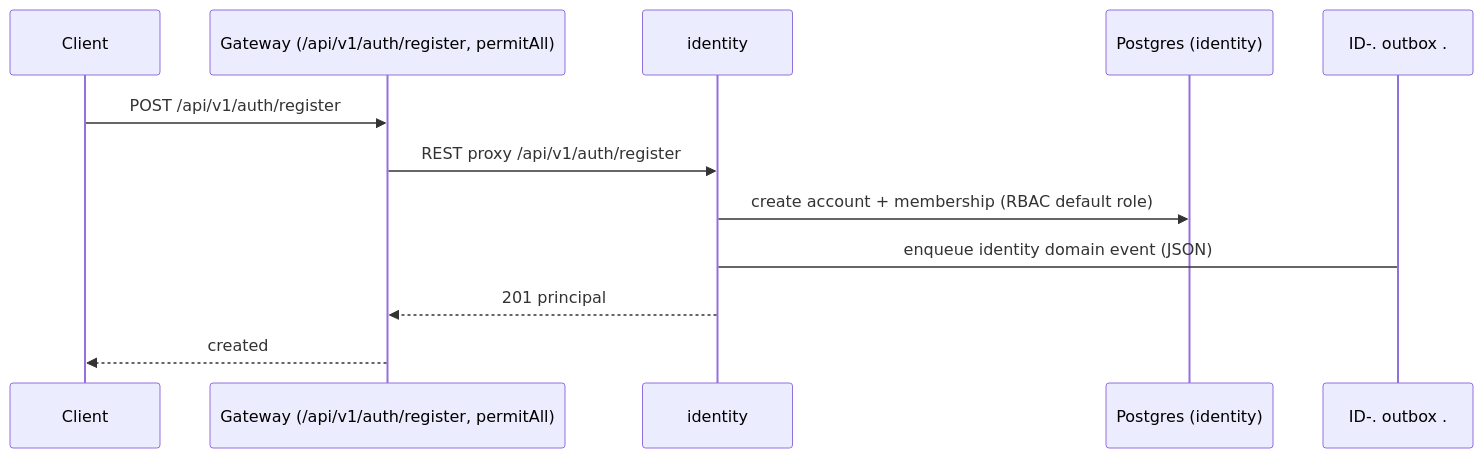
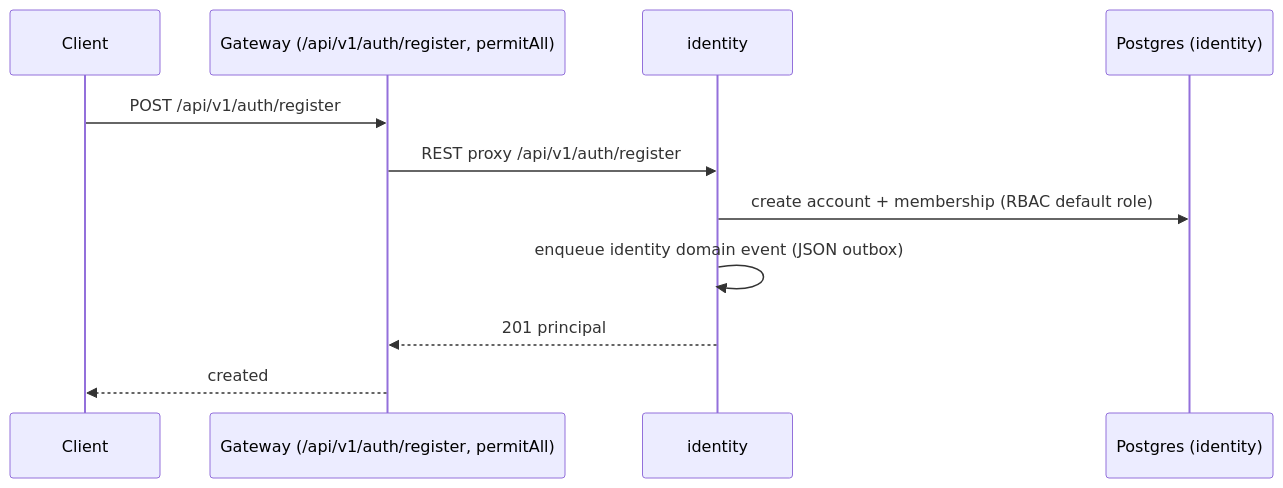
One commit to hatrongvu13/smartfarm-platform-maven-starter changed the fifth of 7 diagrams in docs/architecture/system-overview.md. Above: the diagram before and after it, drawn with Mermaid. The commit also changed other lines of this file and 4 other files, not shown here.

````diff
--- a/docs/architecture/system-overview.md
+++ b/docs/architecture/system-overview.md
@@ -122,13 +129,13 @@
 ```mermaid
 sequenceDiagram
   participant C as Client
   participant GW as Gateway (/api/v1/auth/register, permitAll)
   participant ID as identity
   participant PG as Postgres (identity)
   C->>GW: POST /api/v1/auth/register
   GW->>ID: REST proxy /api/v1/auth/register
   ID->>PG: create account + membership (RBAC default role)
-  ID-. outbox .->ID: enqueue identity domain event (JSON)
+  ID->>ID: enqueue identity domain event (JSON outbox)
   ID-->>GW: 201 principal
   GW-->>C: created
 ```
````
